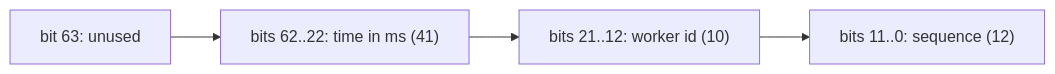
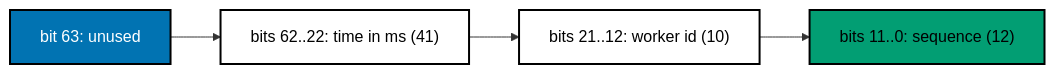
One commit to wahidyankf/grind-in-public changed the first of 2 diagrams in drill/system-design-algos/in-python/algo_16_snowflake_id.md. Above: the diagram before and after it, drawn with Mermaid. The commit also changed other lines of this file and 22 other files, not shown here.

First line of the commit message:
docs: use accessible palette in mermaid diagrams

````diff
--- a/drill/system-design-algos/in-python/algo_16_snowflake_id.md
+++ b/drill/system-design-algos/in-python/algo_16_snowflake_id.md
@@ -14,10 +14,16 @@
 ```mermaid
 flowchart LR
   accTitle: Snowflake bit layout
   accDescr {
     Shows the 64-bit ID as four fields, from the highest bit to the lowest.
   }
   U["bit 63: unused"] --> T["bits 62..22: time in ms (41)"]
   T --> W["bits 21..12: worker id (10)"]
   W --> S["bits 11..0: sequence (12)"]
+  classDef default fill:#FFFFFF,stroke:#000000,color:#000000,stroke-width:2px
+  classDef blue fill:#0173B2,stroke:#000000,color:#FFFFFF,stroke-width:2px
+  classDef orange fill:#DE8F05,stroke:#000000,color:#000000,stroke-width:2px
+  classDef teal fill:#029E73,stroke:#000000,color:#000000,stroke-width:2px
+  class U blue
+  class S teal
 ```
````
